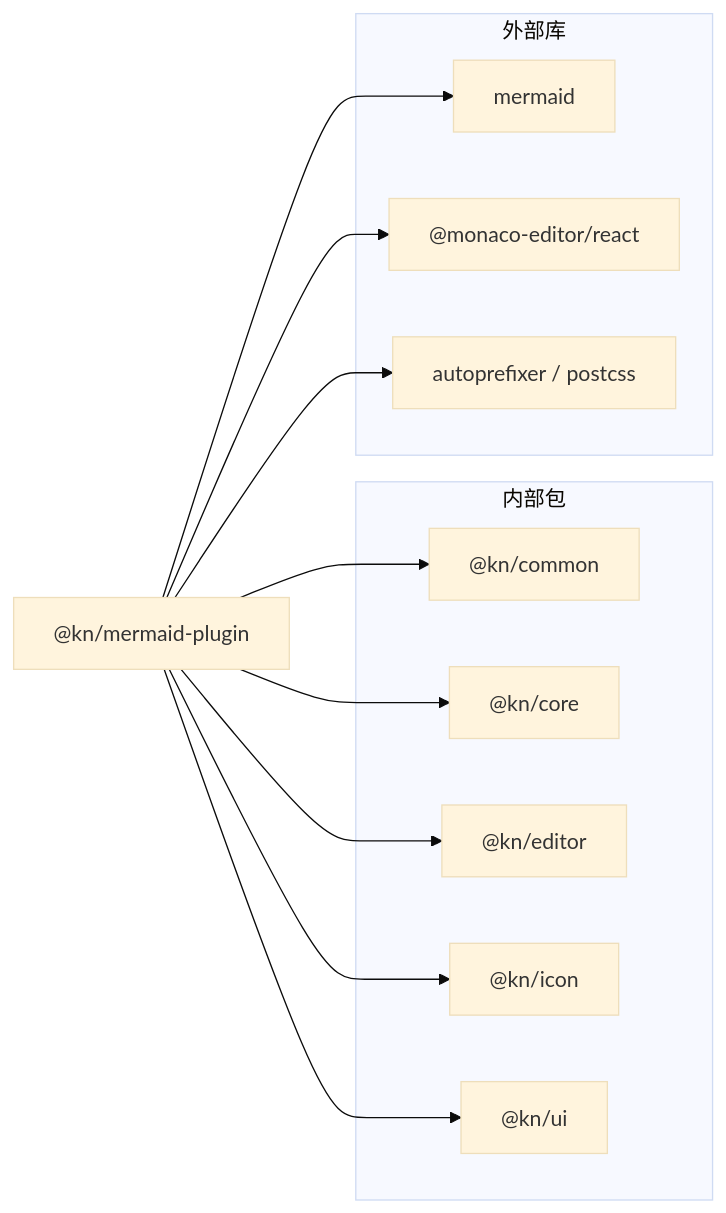
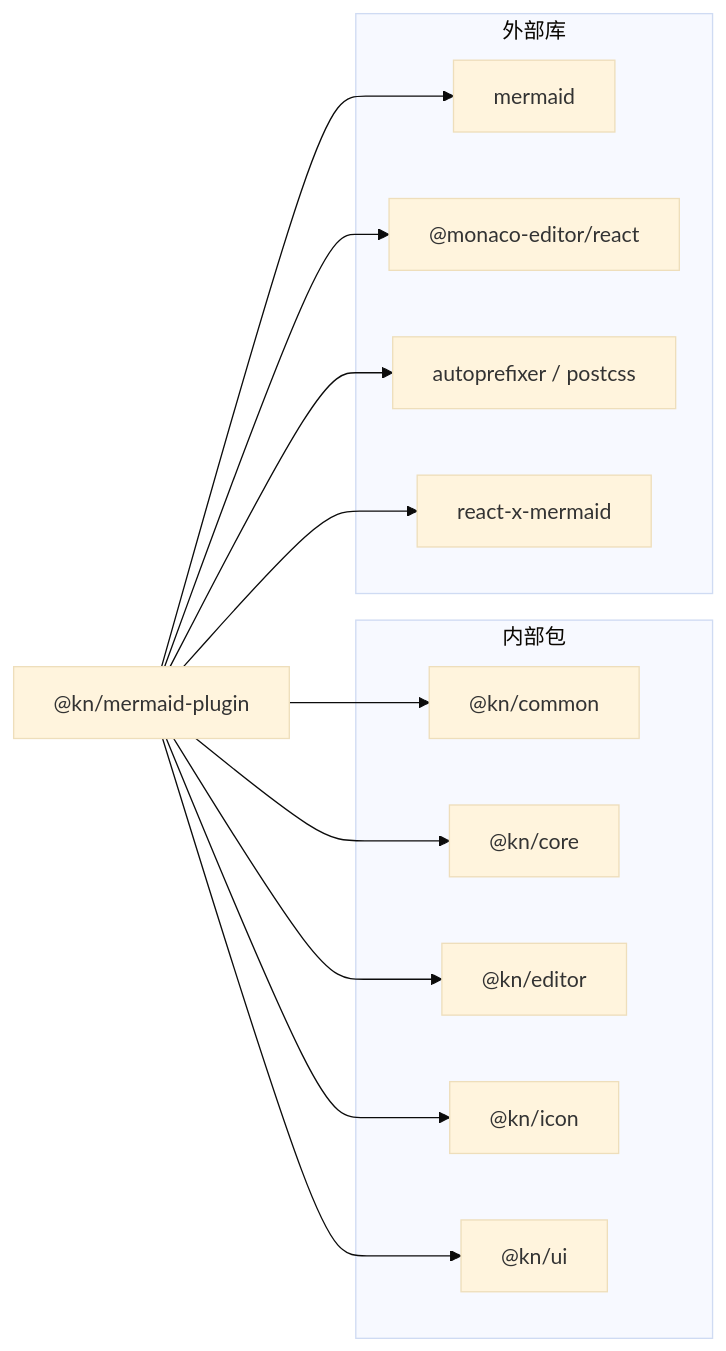
One commit to LRF0422/Kotion changed the eighth of 8 diagrams in .qoder/repowiki/zh/content/功能模块/绘图插件/Mermaid图表插件.md. Above: the diagram before and after it, drawn with Mermaid (base theme). The commit also changed other lines of this file and 75 other files, not shown here.

````diff
--- a/.qoder/repowiki/zh/content/功能模块/绘图插件/Mermaid图表插件.md
+++ b/.qoder/repowiki/zh/content/功能模块/绘图插件/Mermaid图表插件.md
@@ -260,23 +371,25 @@
 ```mermaid
 graph LR
 subgraph "内部包"
 Common["@kn/common"]
 Core["@kn/core"]
 Editor["@kn/editor"]
 Icon["@kn/icon"]
 UI["@kn/ui"]
 end
 subgraph "外部库"
 MermaidLib["mermaid"]
 Monaco["@monaco-editor/react"]
 PostCSS["autoprefixer / postcss"]
+ReactXM["react-x-mermaid"]
 end
 Plugin["@kn/mermaid-plugin"] --> Common
 Plugin --> Core
 Plugin --> Editor
 Plugin --> Icon
 Plugin --> UI
 Plugin --> MermaidLib
 Plugin --> Monaco
 Plugin --> PostCSS
+Plugin --> ReactXM
 ```
````
